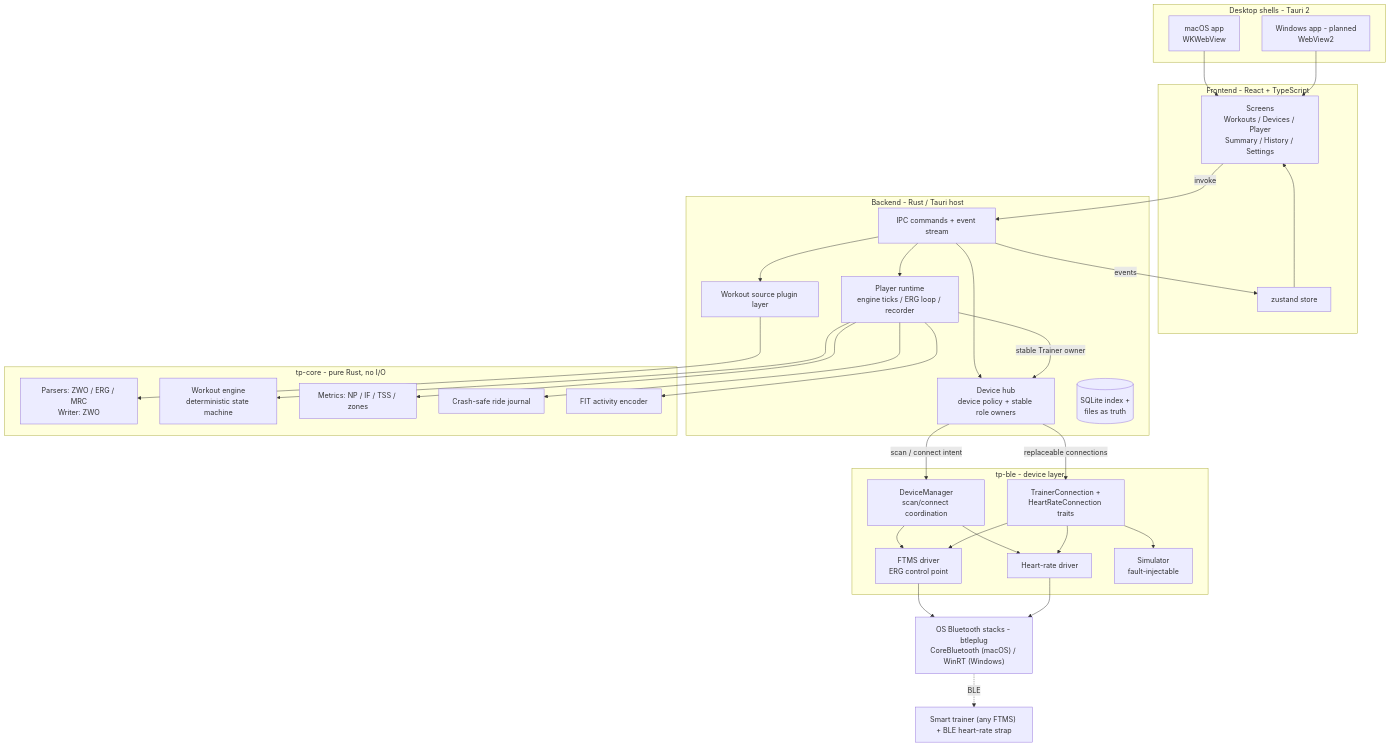
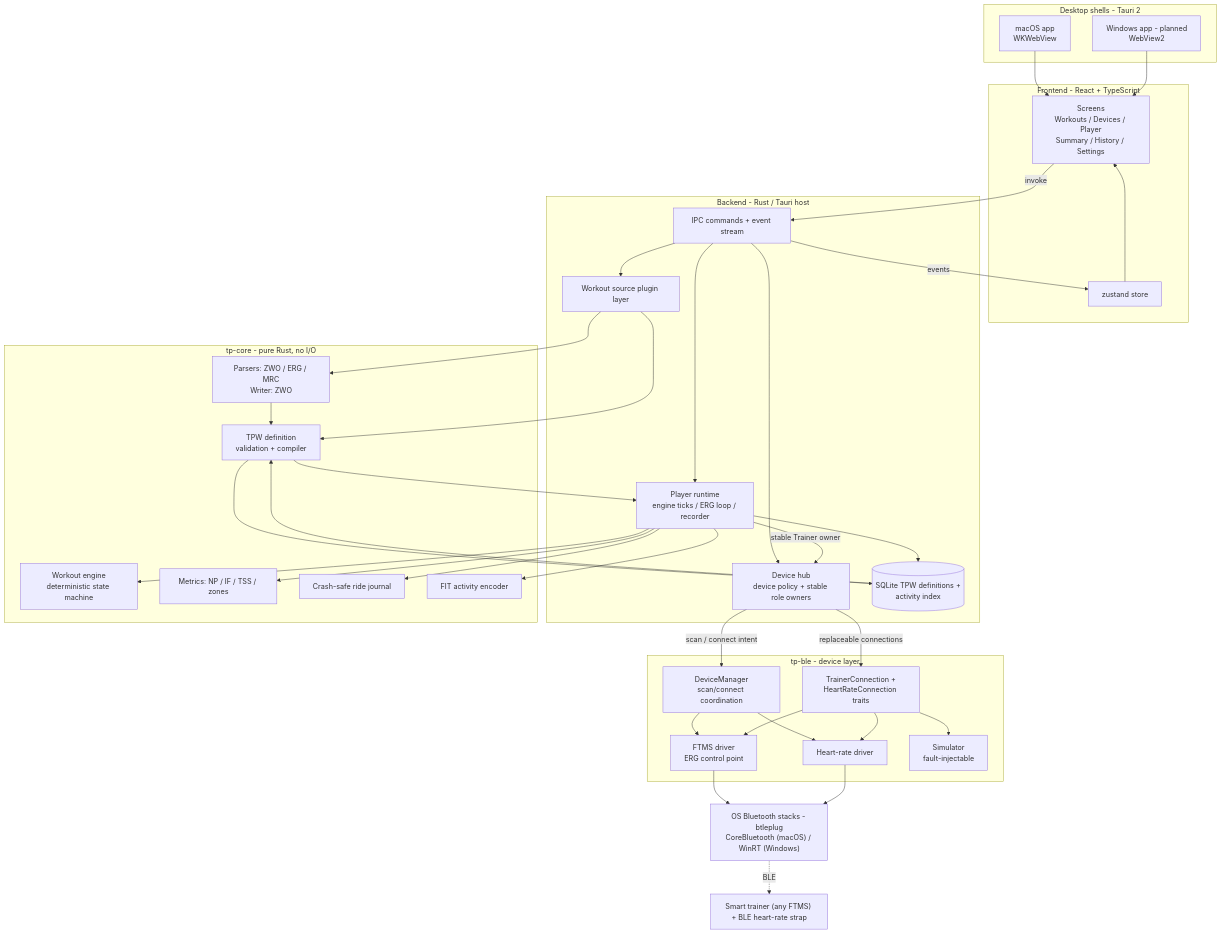
The diagram in README.md (sergioclemente/TrainerPro), drawn with Mermaid before and after one commit. The commit also changed 22 other files, not shown here.

Commit message:
Make TPW authoritative in SQLite

````diff
--- a/README.md
+++ b/README.md
@@ -43,64 +43,71 @@
 ```mermaid
 flowchart TD
     subgraph SHELLS["Desktop shells - Tauri 2"]
         MAC["macOS app<br/>WKWebView"]
         WIN["Windows app - planned<br/>WebView2"]
     end
 
     subgraph FRONTEND["Frontend - React + TypeScript"]
         SCREENS["Screens<br/>Workouts / Devices / Player<br/>Summary / History / Settings"]
         STORE["zustand store"]
     end
 
     subgraph APP["Backend - Rust / Tauri host"]
         IPC["IPC commands + event stream"]
         SOURCES["Workout source plugin layer"]
         RUNTIME["Player runtime<br/>engine ticks / ERG loop / recorder"]
         HUB["Device hub<br/>device policy + stable role owners"]
-        STORAGE[("SQLite index +<br/>files as truth")]
+        STORAGE[("SQLite TPW definitions +<br/>activity index")]
     end
 
     subgraph CORE["tp-core - pure Rust, no I/O"]
         PARSERS["Parsers: ZWO / ERG / MRC<br/>Writer: ZWO"]
+        TPW["TPW definition<br/>validation + compiler"]
         ENGINE["Workout engine<br/>deterministic state machine"]
         METRICS["Metrics: NP / IF / TSS / zones"]
         JOURNAL["Crash-safe ride journal"]
         FITENC["FIT activity encoder"]
     end
 
     subgraph BLE["tp-ble - device layer"]
         CENTRAL["DeviceManager<br/>scan/connect coordination"]
         TRAITS["TrainerConnection +<br/>HeartRateConnection traits"]
         FTMS["FTMS driver<br/>ERG control point"]
         HRDRV["Heart-rate driver"]
         SIMU["Simulator<br/>fault-injectable"]
     end
 
     OSBLE["OS Bluetooth stacks - btleplug<br/>CoreBluetooth (macOS) / WinRT (Windows)"]
     DEVICES["Smart trainer (any FTMS) + BLE heart-rate strap"]
 
     MAC --> SCREENS
     WIN --> SCREENS
     STORE --> SCREENS
     SCREENS -->|invoke| IPC
     IPC -->|events| STORE
     IPC --> SOURCES
     IPC --> RUNTIME
     IPC --> HUB
     SOURCES --> PARSERS
+    SOURCES --> TPW
+    PARSERS --> TPW
+    TPW --> STORAGE
+    STORAGE --> TPW
+    TPW --> RUNTIME
+    RUNTIME --> STORAGE
     RUNTIME --> ENGINE
     RUNTIME --> JOURNAL
     RUNTIME --> METRICS
     RUNTIME --> FITENC
     RUNTIME -->|stable Trainer owner| HUB
     HUB -->|scan / connect intent| CENTRAL
     HUB -->|replaceable connections| TRAITS
     CENTRAL --> FTMS
     CENTRAL --> HRDRV
     TRAITS --> FTMS
     TRAITS --> HRDRV
     TRAITS --> SIMU
     FTMS --> OSBLE
     HRDRV --> OSBLE
     OSBLE -.->|BLE| DEVICES
 ```
````
